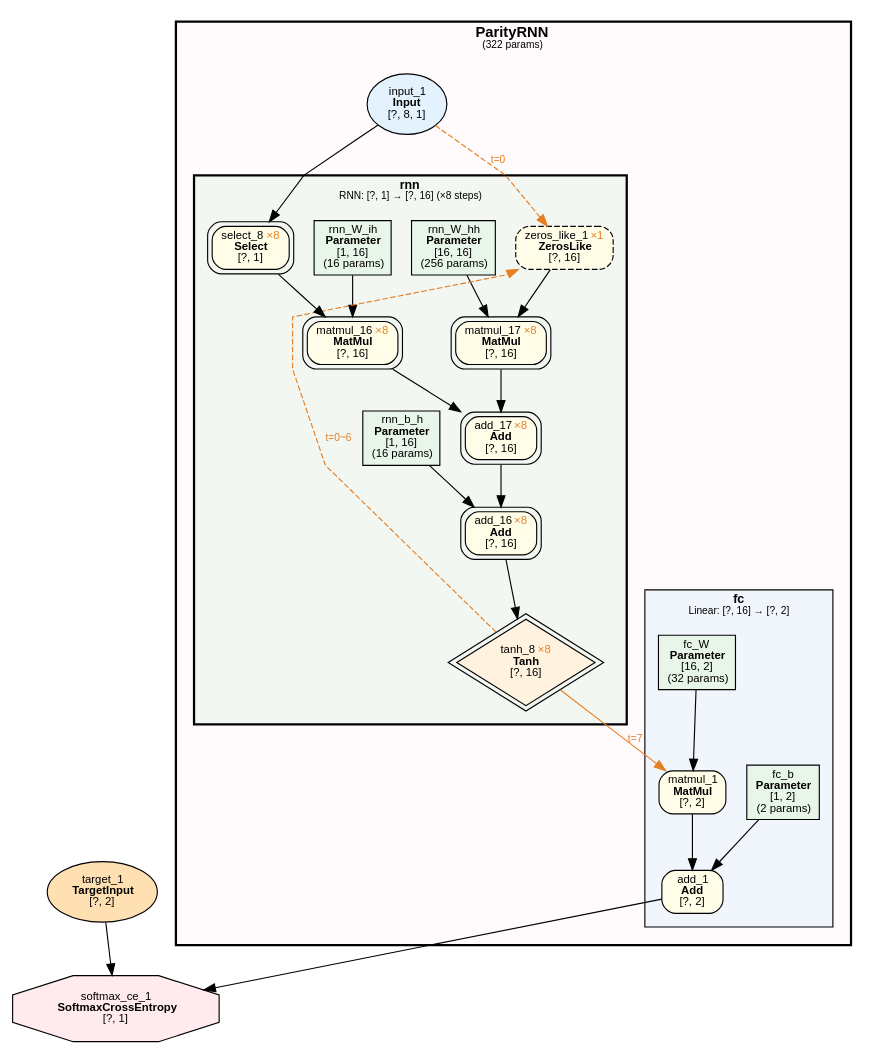
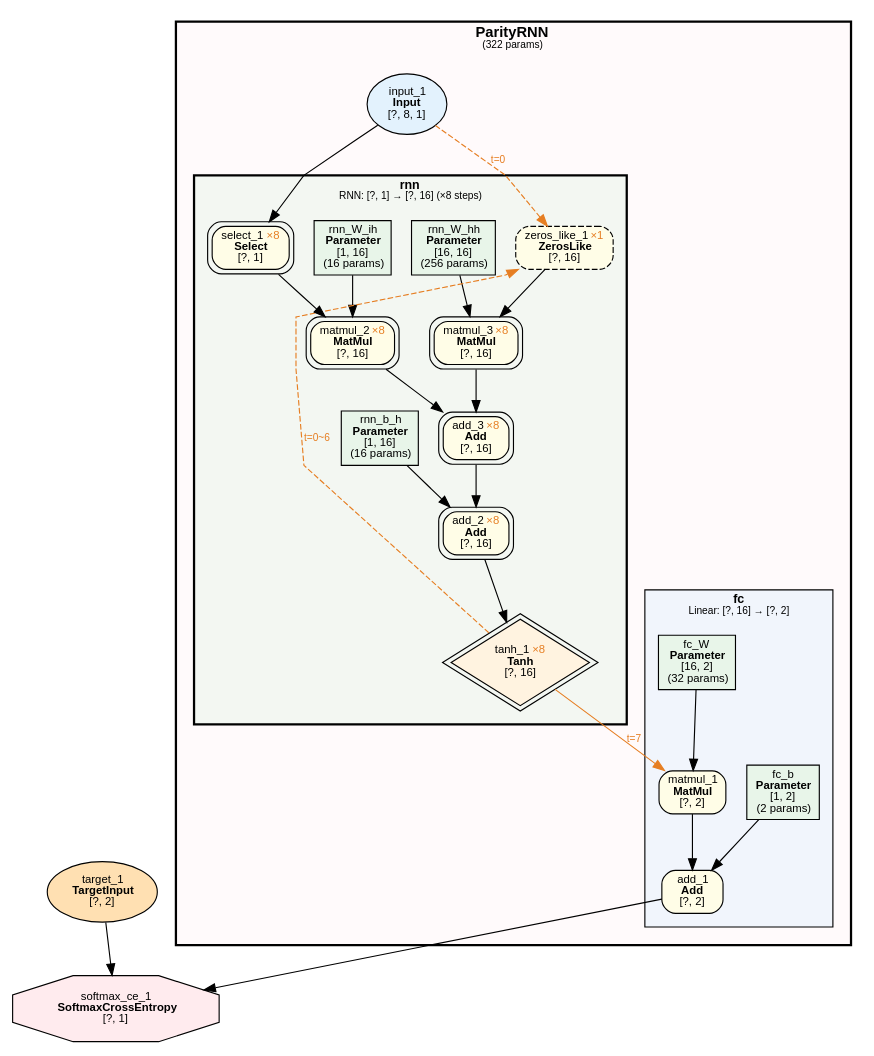
Before and after one commit to dbsxdbsx/only_torch: the diagram in examples/parity_rnn_fixed_len/parity_rnn_fixed_len.dot, drawn with Graphviz. The commit also changed 23 other files, not shown here.

Commit message:
重新生成了一下最新的不会受随机数影响的示例图

```diff
--- a/examples/parity_rnn_fixed_len/parity_rnn_fixed_len.dot
+++ b/examples/parity_rnn_fixed_len/parity_rnn_fixed_len.dot
@@ -1,74 +1,74 @@
 digraph ComputeGraph {
     rankdir=TB;
     newrank=true;
     splines=polyline;
     node [fontname="Microsoft YaHei,SimHei,Arial"];
     edge [fontname="Microsoft YaHei,SimHei,Arial"];
 
     subgraph cluster_model_ParityRNN {
         label=<<B>ParityRNN</B><BR/><FONT POINT-SIZE="9">(322 params)</FONT>>;
         style="filled,bold";
         fillcolor="#FFEBEE40";
         fontname="Microsoft YaHei,SimHei,Arial";
         fontsize=13;
         margin=16;
 
         subgraph cluster_ParityRNN_fc {
             label=<<B>fc</B><BR/><FONT POINT-SIZE="9">Linear: [?, 16] → [?, 2]</FONT>>;
             style=filled;
             fillcolor="#E3F2FD80";
             fontname="Microsoft YaHei,SimHei,Arial";
             fontsize=11;
             margin=12;
                 "2" [label=<add_1<BR/><B>Add</B><BR/>[?, 2]> shape=box style="filled,rounded" fillcolor="#FFFDE7" fontsize=10];
                 "4" [label=<matmul_1<BR/><B>MatMul</B><BR/>[?, 2]> shape=box style="filled,rounded" fillcolor="#FFFDE7" fontsize=10];
                 "5" [label=<fc_b<BR/><B>Parameter</B><BR/>[1, 2]<BR/>(2 params)> shape=box style=filled fillcolor="#E8F5E9" fontsize=10];
-                "7" [label=<fc_W<BR/><B>Parameter</B><BR/>[16, 2]<BR/>(32 params)> shape=box style=filled fillcolor="#E8F5E9" fontsize=10];
+                "6" [label=<fc_W<BR/><B>Parameter</B><BR/>[16, 2]<BR/>(32 params)> shape=box style=filled fillcolor="#E8F5E9" fontsize=10];
         }
 
         subgraph cluster_ParityRNN_rnn {
             label=<<B>rnn</B><BR/><FONT POINT-SIZE="9">RNN: [?, 1] → [?, 16] (×8 steps)</FONT>>;
             style="filled,bold";
             peripheries=3;
             penwidth=2;
             fillcolor="#E8F5E980";
             fontname="Microsoft YaHei,SimHei,Arial";
             fontsize=11;
             margin=12;
-            "10" [label=<rnn_b_h<BR/><B>Parameter</B><BR/>[1, 16]<BR/>(16 params)> shape=box style=filled fillcolor="#E8F5E9" fontsize=10];
-            "14" [label=<rnn_W_ih<BR/><B>Parameter</B><BR/>[1, 16]<BR/>(16 params)> shape=box style=filled fillcolor="#E8F5E9" fontsize=10];
-            "16" [label=<rnn_W_hh<BR/><B>Parameter</B><BR/>[16, 16]<BR/>(256 params)> shape=box style=filled fillcolor="#E8F5E9" fontsize=10];
-            "53" [label=<tanh_8 <FONT COLOR="#E67E22">×8</FONT><BR/><B>Tanh</B><BR/>[?, 16]> shape=diamond style=filled fillcolor="#FFF3E0" fontsize=10 peripheries=2];
-            "54" [label=<add_16 <FONT COLOR="#E67E22">×8</FONT><BR/><B>Add</B><BR/>[?, 16]> shape=box style="filled,rounded" fillcolor="#FFFDE7" fontsize=10 peripheries=2];
-            "55" [label=<add_17 <FONT COLOR="#E67E22">×8</FONT><BR/><B>Add</B><BR/>[?, 16]> shape=box style="filled,rounded" fillcolor="#FFFDE7" fontsize=10 peripheries=2];
-            "56" [label=<matmul_16 <FONT COLOR="#E67E22">×8</FONT><BR/><B>MatMul</B><BR/>[?, 16]> shape=box style="filled,rounded" fillcolor="#FFFDE7" fontsize=10 peripheries=2];
-            "57" [label=<matmul_17 <FONT COLOR="#E67E22">×8</FONT><BR/><B>MatMul</B><BR/>[?, 16]> shape=box style="filled,rounded" fillcolor="#FFFDE7" fontsize=10 peripheries=2];
-            "58" [label=<select_8 <FONT COLOR="#E67E22">×8</FONT><BR/><B>Select</B><BR/>[?, 1]> shape=box style="filled,rounded" fillcolor="#FFFDE7" fontsize=10 peripheries=2];
-            "59" [label=<zeros_like_1 <FONT COLOR="#E67E22">×1</FONT><BR/><B>ZerosLike</B><BR/>[?, 16]> shape=box style="filled,rounded,dashed" fillcolor="#FFFDE7" fontsize=10];
+            "7" [label=<rnn_b_h<BR/><B>Parameter</B><BR/>[1, 16]<BR/>(16 params)> shape=box style=filled fillcolor="#E8F5E9" fontsize=10];
+            "8" [label=<rnn_W_ih<BR/><B>Parameter</B><BR/>[1, 16]<BR/>(16 params)> shape=box style=filled fillcolor="#E8F5E9" fontsize=10];
+            "9" [label=<rnn_W_hh<BR/><B>Parameter</B><BR/>[16, 16]<BR/>(256 params)> shape=box style=filled fillcolor="#E8F5E9" fontsize=10];
+            "11" [label=<tanh_1 <FONT COLOR="#E67E22">×8</FONT><BR/><B>Tanh</B><BR/>[?, 16]> shape=diamond style=filled fillcolor="#FFF3E0" fontsize=10 peripheries=2];
+            "12" [label=<add_2 <FONT COLOR="#E67E22">×8</FONT><BR/><B>Add</B><BR/>[?, 16]> shape=box style="filled,rounded" fillcolor="#FFFDE7" fontsize=10 peripheries=2];
+            "13" [label=<add_3 <FONT COLOR="#E67E22">×8</FONT><BR/><B>Add</B><BR/>[?, 16]> shape=box style="filled,rounded" fillcolor="#FFFDE7" fontsize=10 peripheries=2];
+            "14" [label=<matmul_2 <FONT COLOR="#E67E22">×8</FONT><BR/><B>MatMul</B><BR/>[?, 16]> shape=box style="filled,rounded" fillcolor="#FFFDE7" fontsize=10 peripheries=2];
+            "15" [label=<matmul_3 <FONT COLOR="#E67E22">×8</FONT><BR/><B>MatMul</B><BR/>[?, 16]> shape=box style="filled,rounded" fillcolor="#FFFDE7" fontsize=10 peripheries=2];
+            "16" [label=<select_1 <FONT COLOR="#E67E22">×8</FONT><BR/><B>Select</B><BR/>[?, 1]> shape=box style="filled,rounded" fillcolor="#FFFDE7" fontsize=10 peripheries=2];
+            "17" [label=<zeros_like_1 <FONT COLOR="#E67E22">×1</FONT><BR/><B>ZerosLike</B><BR/>[?, 16]> shape=box style="filled,rounded,dashed" fillcolor="#FFFDE7" fontsize=10];
         }
 
-        "17" [label=<input_1<BR/><B>Input</B><BR/>[?, 8, 1]> shape=ellipse style=filled fillcolor="#E3F2FD" fontsize=10];
+        "10" [label=<input_1<BR/><B>Input</B><BR/>[?, 8, 1]> shape=ellipse style=filled fillcolor="#E3F2FD" fontsize=10];
     }
 
     "1" [label=<softmax_ce_1<BR/><B>SoftmaxCrossEntropy</B><BR/>[?, 1]> shape=octagon style=filled fillcolor="#FFEBEE" fontsize=10];
     "3" [label=<target_1<BR/><B>TargetInput</B><BR/>[?, 2]> shape=ellipse style=filled fillcolor="#FFE0B2" fontsize=10];
 
     "2" -> "1";
     "3" -> "1";
     "4" -> "2";
     "5" -> "2";
-    "53" -> "4" [color="#E67E22" label=<t=7> fontcolor="#E67E22" fontsize=9];
-    "7" -> "4";
-    "54" -> "53";
-    "55" -> "54";
-    "10" -> "54";
-    "56" -> "55";
-    "57" -> "55";
-    "58" -> "56";
-    "14" -> "56";
-    "59" -> "57";
-    "16" -> "57";
-    "17" -> "58";
-    "17" -> "59" [style=dashed color="#E67E22" label=<t=0> fontcolor="#E67E22" fontsize=9];
-    "53" -> "59" [style=dashed color="#E67E22" label=<t=0~6> fontcolor="#E67E22" fontsize=9 constraint=false];
+    "11" -> "4" [color="#E67E22" label=<t=7> fontcolor="#E67E22" fontsize=9];
+    "6" -> "4";
+    "12" -> "11";
+    "13" -> "12";
+    "7" -> "12";
+    "14" -> "13";
+    "15" -> "13";
+    "16" -> "14";
+    "8" -> "14";
+    "17" -> "15";
+    "9" -> "15";
+    "10" -> "16";
+    "10" -> "17" [style=dashed color="#E67E22" label=<t=0> fontcolor="#E67E22" fontsize=9];
+    "11" -> "17" [style=dashed color="#E67E22" label=<t=0~6> fontcolor="#E67E22" fontsize=9 constraint=false];
 }
```
